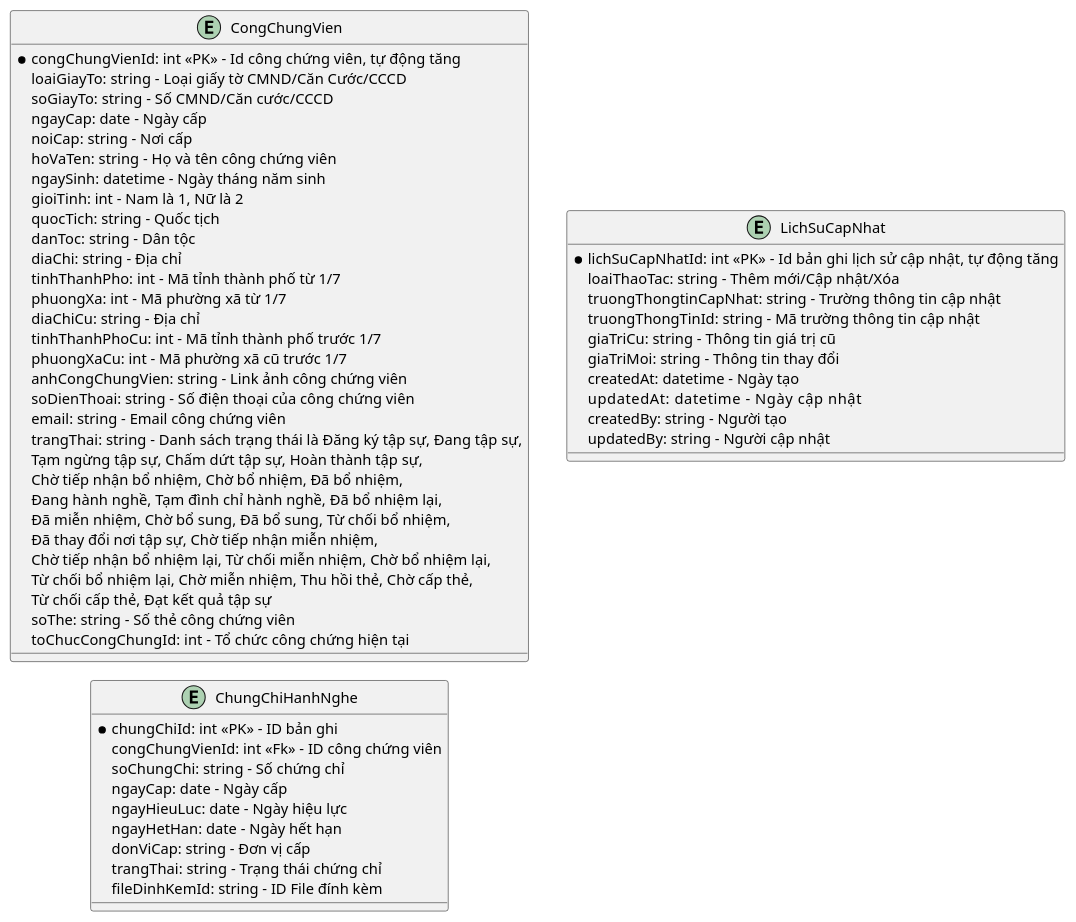
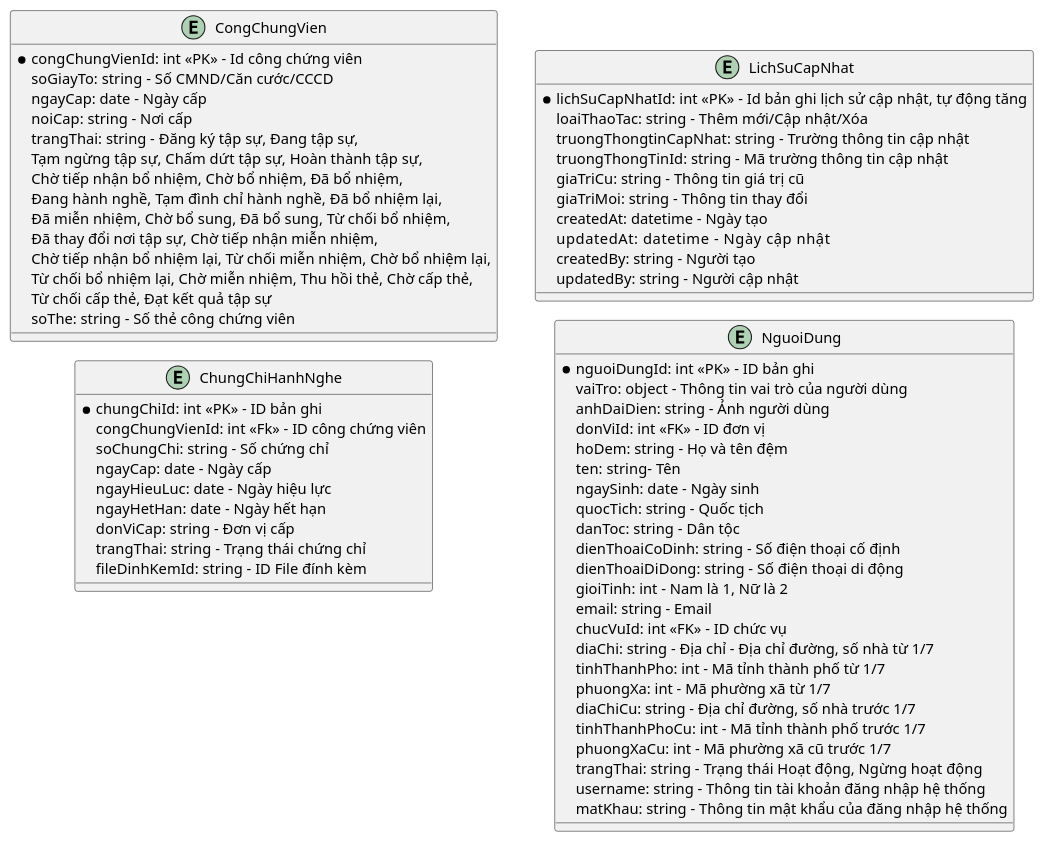
One commit to phuongpm23/nds-docs-test changed the diagram in ba/[NDS-E-00046] Quản lý thông tin công chứng viên/3.ldm.puml. Above: the diagram before and after it, drawn with PlantUML. The commit also changed 51 other files, not shown here.

```diff
--- a/ba/[NDS-E-00046] Quản lý thông tin công chứng viên/3.ldm.puml
+++ b/ba/[NDS-E-00046] Quản lý thông tin công chứng viên/3.ldm.puml
@@ -1,67 +1,79 @@
 @startuml ldm
 !pragma layout smetana
 left to right direction
 
 entity CongChungVien
 entity ChungChiHanhNghe
 entity LichSuCapNhat
+entity NguoiDung
+
+entity NguoiDung
+{
+    *nguoiDungId: int <<PK>> - ID bản ghi
+    vaiTro: object - Thông tin vai trò của người dùng
+    anhDaiDien: string - Ảnh người dùng
+    donViId: int <<FK>> - ID đơn vị
+    hoDem: string - Họ và tên đệm
+    ten: string- Tên
+    ngaySinh: date - Ngày sinh
+    quocTich: string - Quốc tịch
+    danToc: string - Dân tộc
+    dienThoaiCoDinh: string - Số điện thoại cố định
+    dienThoaiDiDong: string - Số điện thoại di động
+    gioiTinh: int - Nam là 1, Nữ là 2
+    email: string - Email
+    chucVuId: int <<FK>> - ID chức vụ
+    diaChi: string - Địa chỉ - Địa chỉ đường, số nhà từ 1/7
+    tinhThanhPho: int - Mã tỉnh thành phố từ 1/7
+    phuongXa: int - Mã phường xã từ 1/7
+    diaChiCu: string - Địa chỉ đường, số nhà trước 1/7
+    tinhThanhPhoCu: int - Mã tỉnh thành phố trước 1/7
+    phuongXaCu: int - Mã phường xã cũ trước 1/7
+    trangThai: string - Trạng thái Hoạt động, Ngừng hoạt động
+    username: string - Thông tin tài khoản đăng nhập hệ thống
+    matKhau: string - Thông tin mật khẩu của đăng nhập hệ thống
+}
 
 entity CongChungVien {
-  *congChungVienId: int <<PK>> - Id công chứng viên, tự động tăng
-  loaiGiayTo: string - Loại giấy tờ CMND/Căn Cước/CCCD
-  soGiayTo: string - Số CMND/Căn cước/CCCD 
-  ngayCap: date - Ngày cấp
-  noiCap: string - Nơi cấp
-  hoVaTen: string - Họ và tên công chứng viên
-  ngaySinh: datetime - Ngày tháng năm sinh
-  gioiTinh: int - Nam là 1, Nữ là 2
-  quocTich: string - Quốc tịch
-  danToc: string - Dân tộc
-  diaChi: string - Địa chỉ
-  tinhThanhPho: int - Mã tỉnh thành phố từ 1/7
-  phuongXa: int - Mã phường xã từ 1/7
-  diaChiCu: string - Địa chỉ
-  tinhThanhPhoCu: int - Mã tỉnh thành phố trước 1/7
-  phuongXaCu: int - Mã phường xã cũ trước 1/7
-  anhCongChungVien: string - Link ảnh công chứng viên
-  soDienThoai: string - Số điện thoại của công chứng viên
-  email: string - Email công chứng viên
-  trangThai: string - Danh sách trạng thái là Đăng ký tập sự, Đang tập sự, 
-    Tạm ngừng tập sự, Chấm dứt tập sự, Hoàn thành tập sự, 
-    Chờ tiếp nhận bổ nhiệm, Chờ bổ nhiệm, Đã bổ nhiệm, 
-    Đang hành nghề, Tạm đình chỉ hành nghề, Đã bổ nhiệm lại, 
-    Đã miễn nhiệm, Chờ bổ sung, Đã bổ sung, Từ chối bổ nhiệm, 
-    Đã thay đổi nơi tập sự, Chờ tiếp nhận miễn nhiệm, 
-    Chờ tiếp nhận bổ nhiệm lại, Từ chối miễn nhiệm, Chờ bổ nhiệm lại, 
-    Từ chối bổ nhiệm lại, Chờ miễn nhiệm, Thu hồi thẻ, Chờ cấp thẻ, 
-    Từ chối cấp thẻ, Đạt kết quả tập sự
-  soThe: string - Số thẻ công chứng viên
-  toChucCongChungId: int - Tổ chức công chứng hiện tại
+    *congChungVienId: int <<PK>> - Id công chứng viên
+    soGiayTo: string - Số CMND/Căn cước/CCCD 
+    ngayCap: date - Ngày cấp
+    noiCap: string - Nơi cấp
+    trangThai: string - Đăng ký tập sự, Đang tập sự, 
+     Tạm ngừng tập sự, Chấm dứt tập sự, Hoàn thành tập sự, 
+     Chờ tiếp nhận bổ nhiệm, Chờ bổ nhiệm, Đã bổ nhiệm, 
+     Đang hành nghề, Tạm đình chỉ hành nghề, Đã bổ nhiệm lại, 
+     Đã miễn nhiệm, Chờ bổ sung, Đã bổ sung, Từ chối bổ nhiệm, 
+     Đã thay đổi nơi tập sự, Chờ tiếp nhận miễn nhiệm, 
+     Chờ tiếp nhận bổ nhiệm lại, Từ chối miễn nhiệm, Chờ bổ nhiệm lại, 
+     Từ chối bổ nhiệm lại, Chờ miễn nhiệm, Thu hồi thẻ, Chờ cấp thẻ, 
+     Từ chối cấp thẻ, Đạt kết quả tập sự
+    soThe: string - Số thẻ công chứng viên
 }
 
 entity ChungChiHanhNghe {
   *chungChiId: int <<PK>> - ID bản ghi
   congChungVienId: int <<Fk>> - ID công chứng viên
   soChungChi: string - Số chứng chỉ
   ngayCap: date - Ngày cấp
   ngayHieuLuc: date - Ngày hiệu lực
   ngayHetHan: date - Ngày hết hạn
   donViCap: string - Đơn vị cấp
   trangThai: string - Trạng thái chứng chỉ
   fileDinhKemId: string - ID File đính kèm
 }
 
 entity LichSuCapNhat {
   *lichSuCapNhatId: int <<PK>> - Id bản ghi lịch sử cập nhật, tự động tăng
   loaiThaoTac: string - Thêm mới/Cập nhật/Xóa
   truongThongtinCapNhat: string - Trường thông tin cập nhật
   truongThongTinId: string - Mã trường thông tin cập nhật
   giaTriCu: string - Thông tin giá trị cũ
   giaTriMoi: string - Thông tin thay đổi
   createdAt: datetime - Ngày tạo
   updatedAt: datetime      - Ngày cập nhật
   createdBy: string - Người tạo
   updatedBy: string - Người cập nhật
 }
 
 @enduml
```
